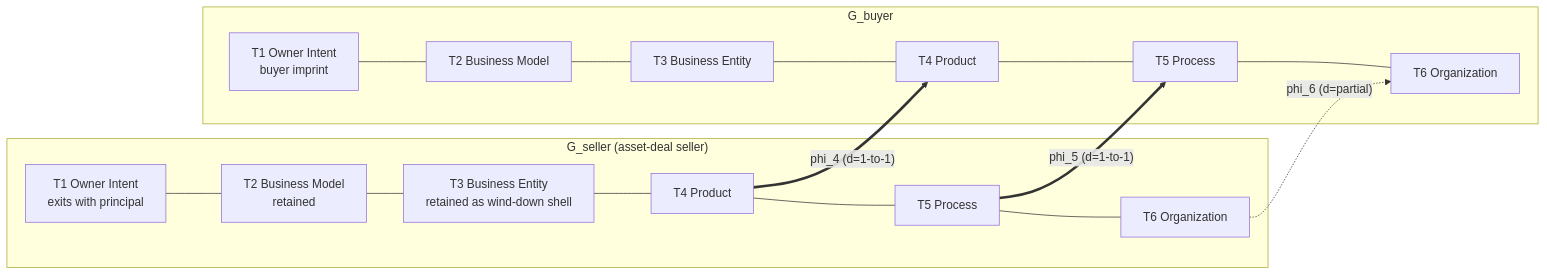
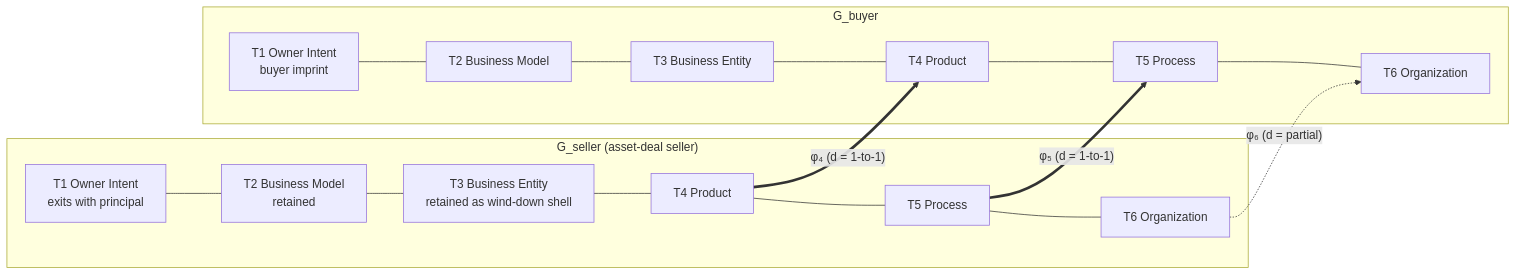
One commit to spectralbranding/orgschema-papers changed the first of 3 diagrams in tier-bundle-algebra/paper.md. Above: the diagram before and after it, drawn with Mermaid. The commit also changed other lines of this file, not shown here.

````diff
--- a/tier-bundle-algebra/paper.md
+++ b/tier-bundle-algebra/paper.md
@@ -75,24 +75,24 @@
 ```mermaid
 flowchart LR
     subgraph Gs["G_seller (asset-deal seller)"]
         S1["T1 Owner Intent<br/>exits with principal"]
         S2["T2 Business Model<br/>retained"]
         S3["T3 Business Entity<br/>retained as wind-down shell"]
         S4["T4 Product"]
         S5["T5 Process"]
         S6["T6 Organization"]
         S1 --- S2 --- S3 --- S4 --- S5 --- S6
     end
     subgraph Gb["G_buyer"]
         B1["T1 Owner Intent<br/>buyer imprint"]
         B2["T2 Business Model"]
         B3["T3 Business Entity"]
         B4["T4 Product"]
         B5["T5 Process"]
         B6["T6 Organization"]
         B1 --- B2 --- B3 --- B4 --- B5 --- B6
     end
-    S4 == "phi_4 (d=1-to-1)" ==> B4
-    S5 == "phi_5 (d=1-to-1)" ==> B5
-    S6 -. "phi_6 (d=partial)" .-> B6
+    S4 == "φ₄ (d = 1-to-1)" ==> B4
+    S5 == "φ₅ (d = 1-to-1)" ==> B5
+    S6 -. "φ₆ (d = partial)" .-> B6
 ```
````
